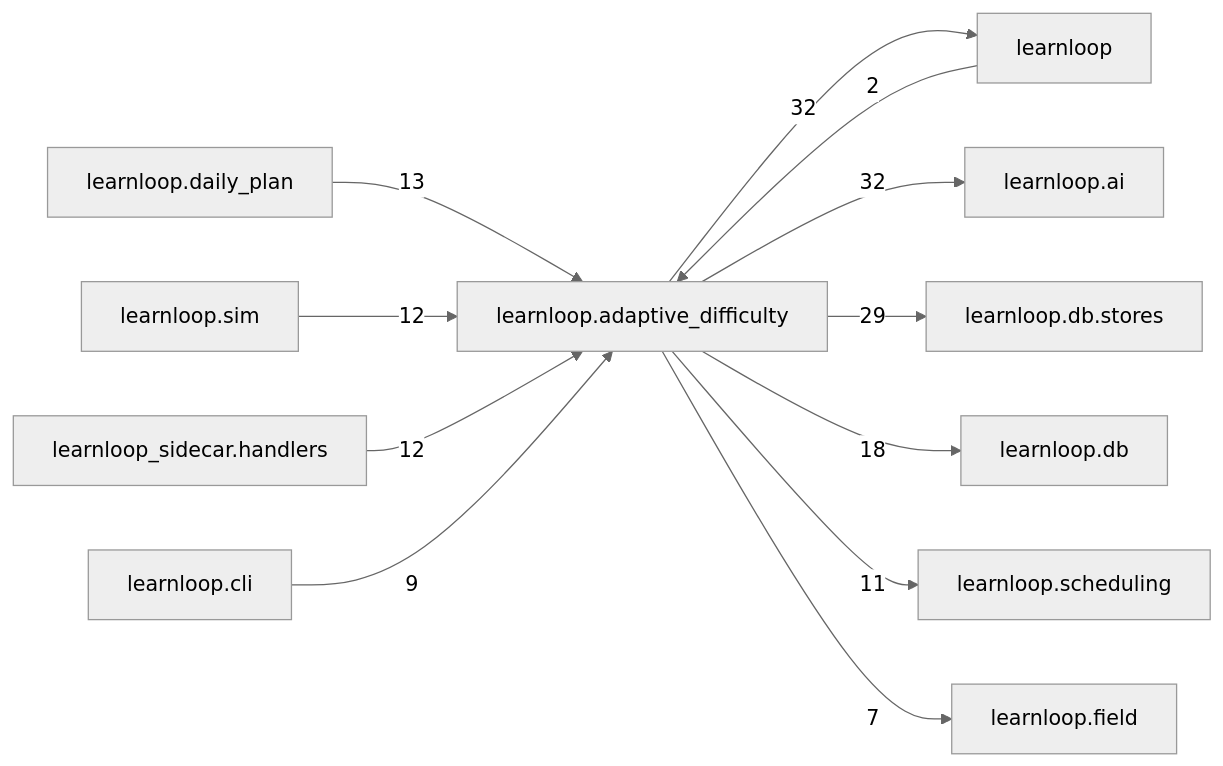
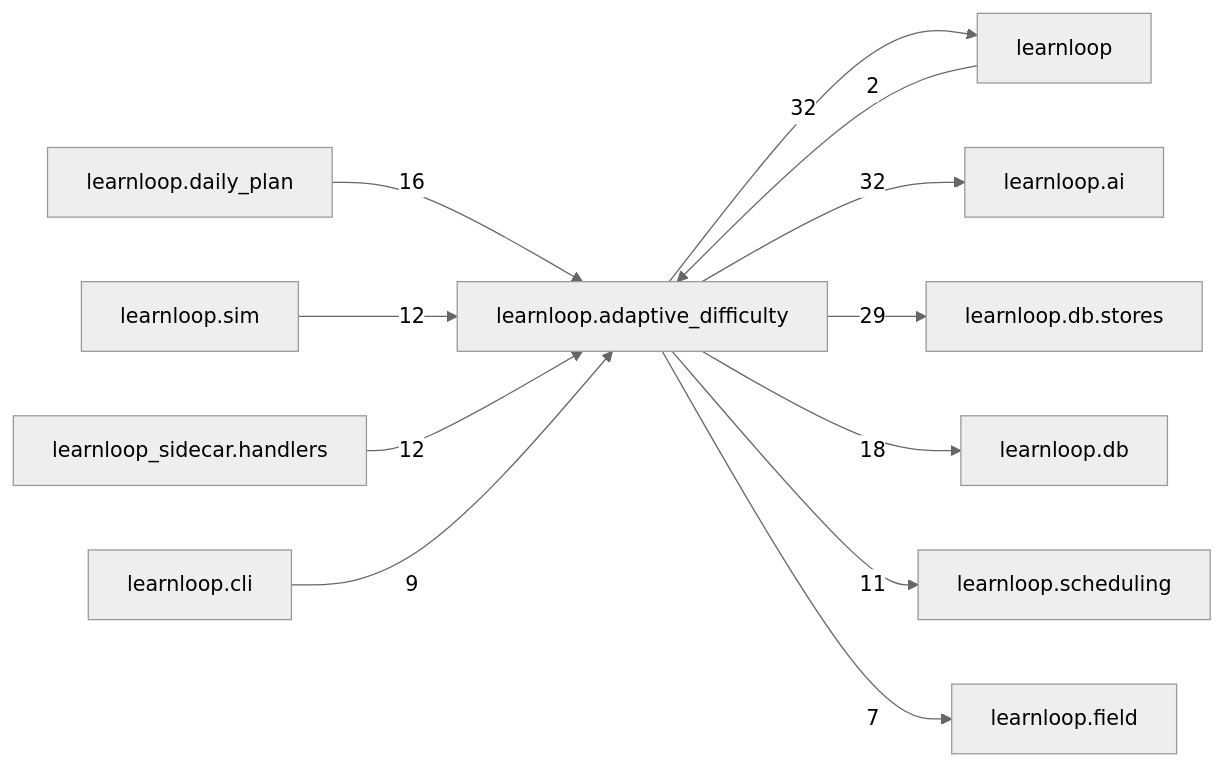
One commit to 6up-b/learnanything changed the diagram in docs/learnloop-architecture-vault/Reference/Modules/learnloop/adaptive_difficulty/_package.md. Above: the diagram before and after it, drawn with Mermaid (neutral theme). The commit also changed other lines of this file and 585 other files, not shown here.

First line of the commit message:
RO4 (5): specs amended (§13: action router §7.3, the R2 plan §3.3, daily loop §6.8, frictionless P1a, AD §8.2; §8.11 as built), the stage record, references regenerated

````diff
--- a/docs/learnloop-architecture-vault/Reference/Modules/learnloop/adaptive_difficulty/_package.md
+++ b/docs/learnloop-architecture-vault/Reference/Modules/learnloop/adaptive_difficulty/_package.md
@@ -180,25 +180,25 @@
 ```mermaid
 flowchart LR
     center["learnloop.adaptive_difficulty"]
     n_learnloop["learnloop"]
     n_learnloop_ai["learnloop.ai"]
     n_learnloop_db_stores["learnloop.db.stores"]
     n_learnloop_db["learnloop.db"]
     n_learnloop_daily_plan["learnloop.daily_plan"]
     n_learnloop_sim["learnloop.sim"]
     n_learnloop_sidecar_handlers["learnloop_sidecar.handlers"]
     n_learnloop_scheduling["learnloop.scheduling"]
     n_learnloop_cli["learnloop.cli"]
     n_learnloop_field["learnloop.field"]
     n_learnloop -->|2| center
     center -->|32| n_learnloop
     center -->|32| n_learnloop_ai
     center -->|29| n_learnloop_db_stores
     center -->|18| n_learnloop_db
-    n_learnloop_daily_plan -->|13| center
+    n_learnloop_daily_plan -->|16| center
     n_learnloop_sim -->|12| center
     n_learnloop_sidecar_handlers -->|12| center
     center -->|11| n_learnloop_scheduling
     n_learnloop_cli -->|9| center
     center -->|7| n_learnloop_field
 ```
````
